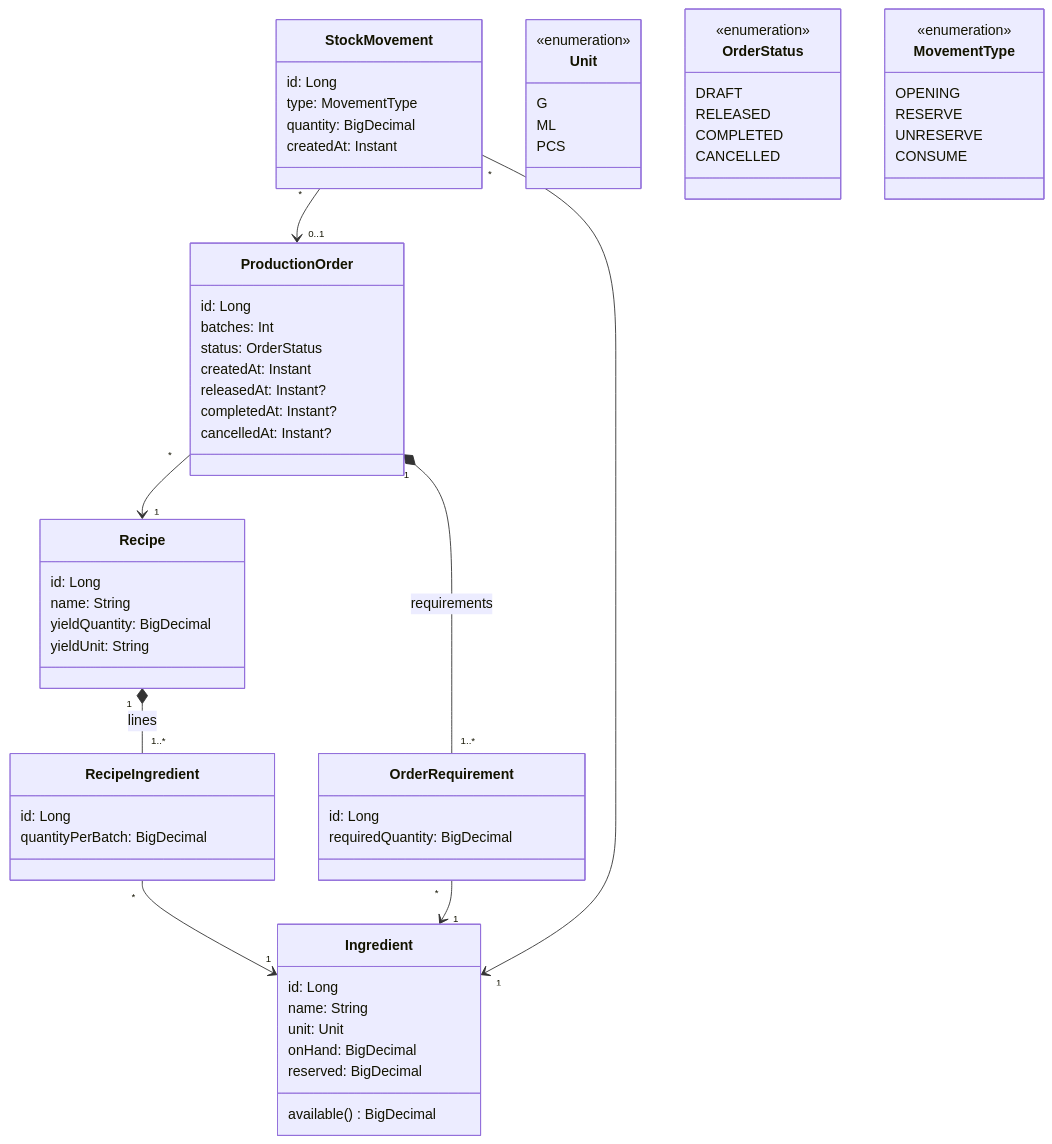
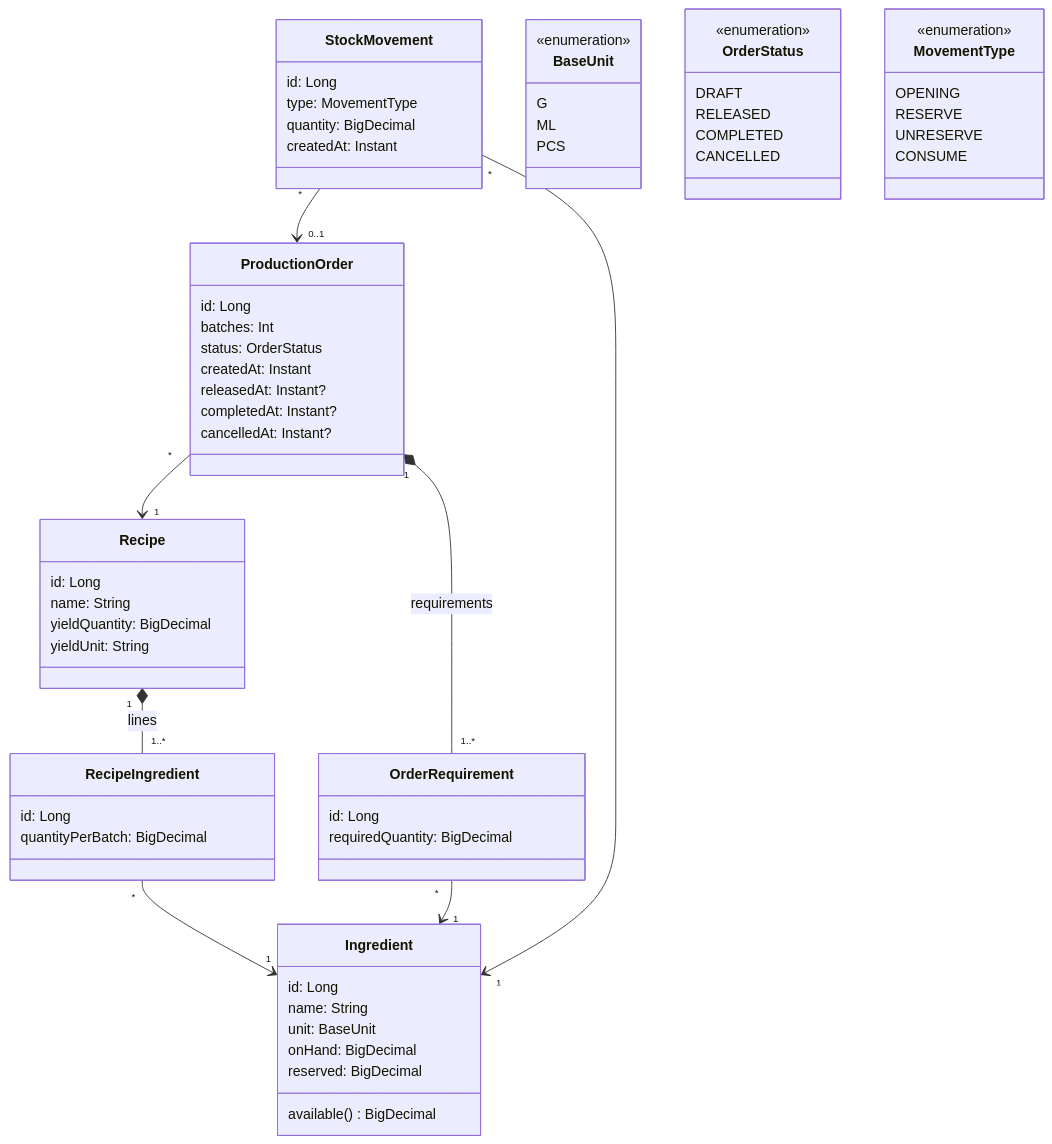
Before and after one commit to Ashutoshkalra2310/hearth-kitchen: the first of 2 diagrams in docs/data-model.md, drawn with Mermaid. The commit also changed other lines of this file and 6 other files, not shown here.

````diff
--- a/docs/data-model.md
+++ b/docs/data-model.md
@@ -5,68 +5,68 @@
 ```mermaid
 classDiagram
     class Ingredient {
         id: Long
         name: String
-        unit: Unit
+        unit: BaseUnit
         onHand: BigDecimal
         reserved: BigDecimal
         available() BigDecimal
     }
     class Recipe {
         id: Long
         name: String
         yieldQuantity: BigDecimal
         yieldUnit: String
     }
     class RecipeIngredient {
         id: Long
         quantityPerBatch: BigDecimal
     }
     class ProductionOrder {
         id: Long
         batches: Int
         status: OrderStatus
         createdAt: Instant
         releasedAt: Instant?
         completedAt: Instant?
         cancelledAt: Instant?
     }
     class OrderRequirement {
         id: Long
         requiredQuantity: BigDecimal
     }
     class StockMovement {
         id: Long
         type: MovementType
         quantity: BigDecimal
         createdAt: Instant
     }
-    class Unit {
+    class BaseUnit {
         <<enumeration>>
         G
         ML
         PCS
     }
     class OrderStatus {
         <<enumeration>>
         DRAFT
         RELEASED
         COMPLETED
         CANCELLED
     }
     class MovementType {
         <<enumeration>>
         OPENING
         RESERVE
         UNRESERVE
         CONSUME
     }
 
     Recipe "1" *-- "1..*" RecipeIngredient : lines
     RecipeIngredient "*" --> "1" Ingredient
     ProductionOrder "*" --> "1" Recipe
     ProductionOrder "1" *-- "1..*" OrderRequirement : requirements
     OrderRequirement "*" --> "1" Ingredient
     StockMovement "*" --> "1" Ingredient
     StockMovement "*" --> "0..1" ProductionOrder
 ```
````
